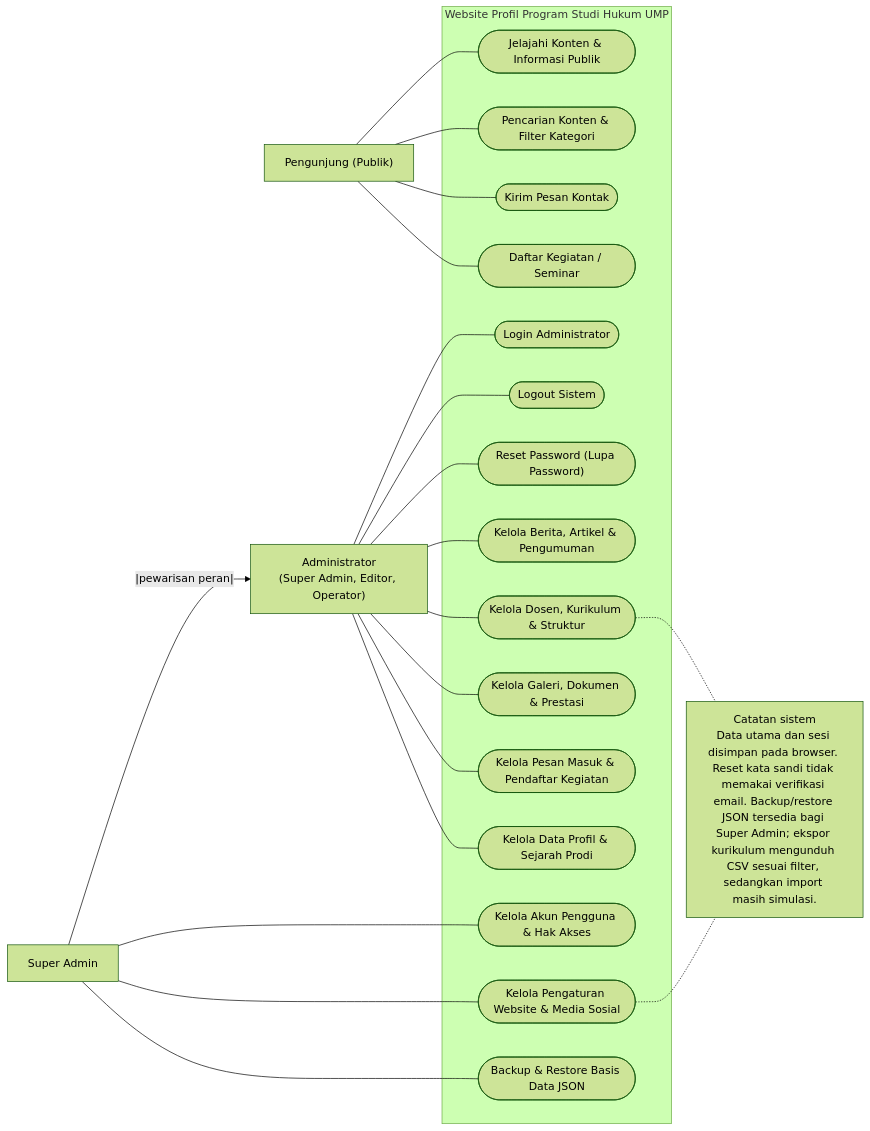
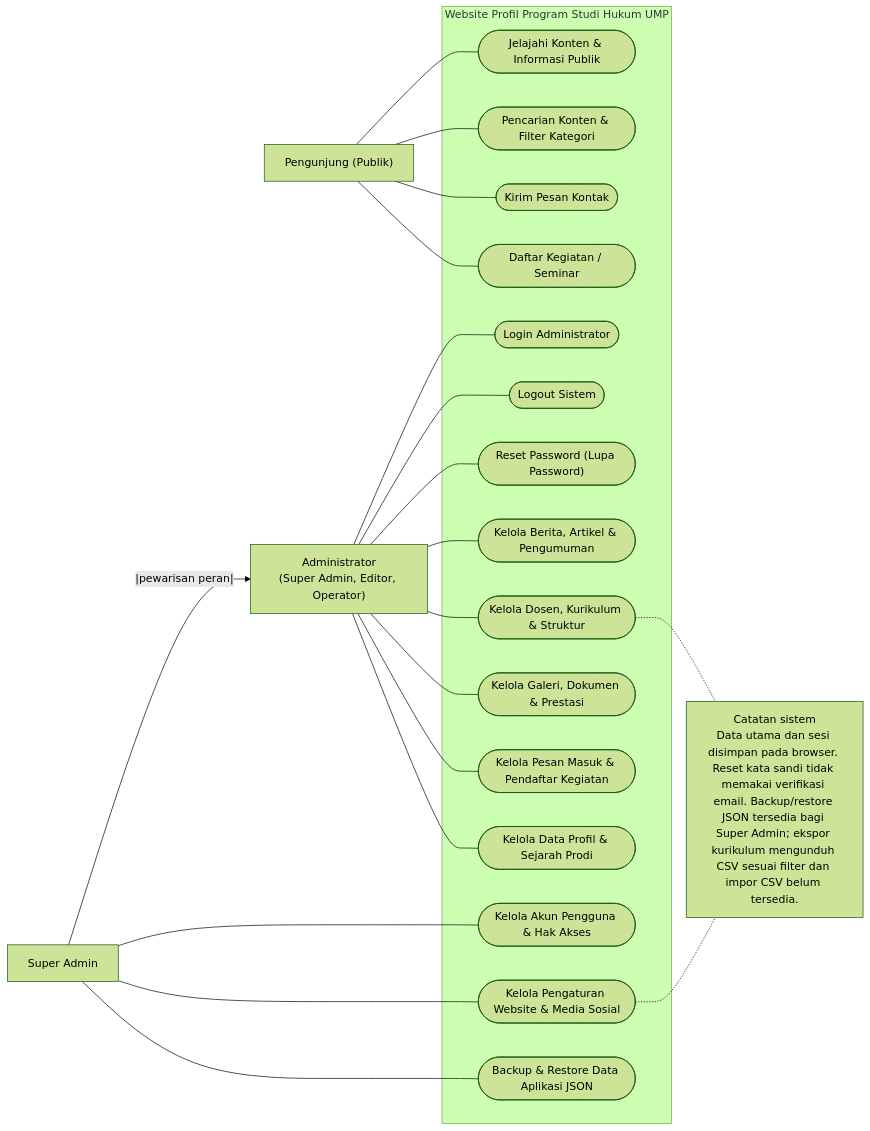
One commit to ipo-rk/Perancangan-Dan-Pengembangan-website-profil-UMP- changed the seventh of 9 diagrams in mermaid.md. Above: the diagram before and after it, drawn with Mermaid (forest theme). The commit also changed other lines of this file and 33 other files, not shown here.

````diff
--- a/mermaid.md
+++ b/mermaid.md
@@ -776,62 +780,62 @@
 ```mermaid
 flowchart LR
     %% Aktor Sistem
     VISITOR["Pengunjung (Publik)"]
     ADMIN["Administrator\n(Super Admin, Editor, Operator)"]
     SUPER["Super Admin"]
 
     %% Generalisasi Aktor
     SUPER -- "|pewarisan peran|" --> ADMIN
 
     %% Batas Sistem (System Boundary)
     subgraph SISTEM["Website Profil Program Studi Hukum UMP"]
         %% Modul Publik
         UC_BROWSE(["Jelajahi Konten & Informasi Publik"])
         UC_SEARCH(["Pencarian Konten & Filter Kategori"])
         UC_CONTACT(["Kirim Pesan Kontak"])
         UC_REGISTER(["Daftar Kegiatan / Seminar"])
 
         %% Modul Autentikasi Admin
         UC_LOGIN(["Login Administrator"])
         UC_LOGOUT(["Logout Sistem"])
         UC_FORGOT(["Reset Password (Lupa Password)"])
 
         %% Modul Kelola Master & Konten (Admin & Super Admin)
         UC_BERITA(["Kelola Berita, Artikel & Pengumuman"])
         UC_AKADEMIK(["Kelola Dosen, Kurikulum & Struktur"])
         UC_MEDIA(["Kelola Galeri, Dokumen & Prestasi"])
         UC_INBOX(["Kelola Pesan Masuk & Pendaftar Kegiatan"])
         UC_PROFIL(["Kelola Data Profil & Sejarah Prodi"])
 
         %% Modul khusus yang dibatasi AUTH.guard() untuk Super Admin
         UC_USERS(["Kelola Akun Pengguna & Hak Akses"])
         UC_SETTINGS(["Kelola Pengaturan Website & Media Sosial"])
-        UC_BACKUP(["Backup & Restore Basis Data JSON"])
+        UC_BACKUP(["Backup & Restore Data Aplikasi JSON"])
     end
 
     %% Relasi Pengunjung ke Use Case Publik
     VISITOR --- UC_BROWSE
     VISITOR --- UC_SEARCH
     VISITOR --- UC_CONTACT
     VISITOR --- UC_REGISTER
 
     %% Relasi Admin ke Use Case Manajemen Umum
     ADMIN --- UC_LOGIN
     ADMIN --- UC_LOGOUT
     ADMIN --- UC_FORGOT
     ADMIN --- UC_BERITA
     ADMIN --- UC_AKADEMIK
     ADMIN --- UC_MEDIA
     ADMIN --- UC_INBOX
     ADMIN --- UC_PROFIL
 
     %% Relasi Khusus Super Admin
     SUPER --- UC_USERS
     SUPER --- UC_SETTINGS
     SUPER --- UC_BACKUP
 
     %% Catatan Arsitektural Sistem (Non-Use Case)
-    NOTE_STORAGE["Catatan sistem\nData utama dan sesi disimpan pada browser. Reset kata sandi tidak memakai verifikasi email. Backup/restore JSON tersedia bagi Super Admin; ekspor kurikulum mengunduh CSV sesuai filter, sedangkan import masih simulasi."]
+    NOTE_STORAGE["Catatan sistem\nData utama dan sesi disimpan pada browser. Reset kata sandi tidak memakai verifikasi email. Backup/restore JSON tersedia bagi Super Admin; ekspor kurikulum mengunduh CSV sesuai filter dan impor CSV belum tersedia."]
     UC_AKADEMIK -.- NOTE_STORAGE
     UC_SETTINGS -.- NOTE_STORAGE
 ```
````
